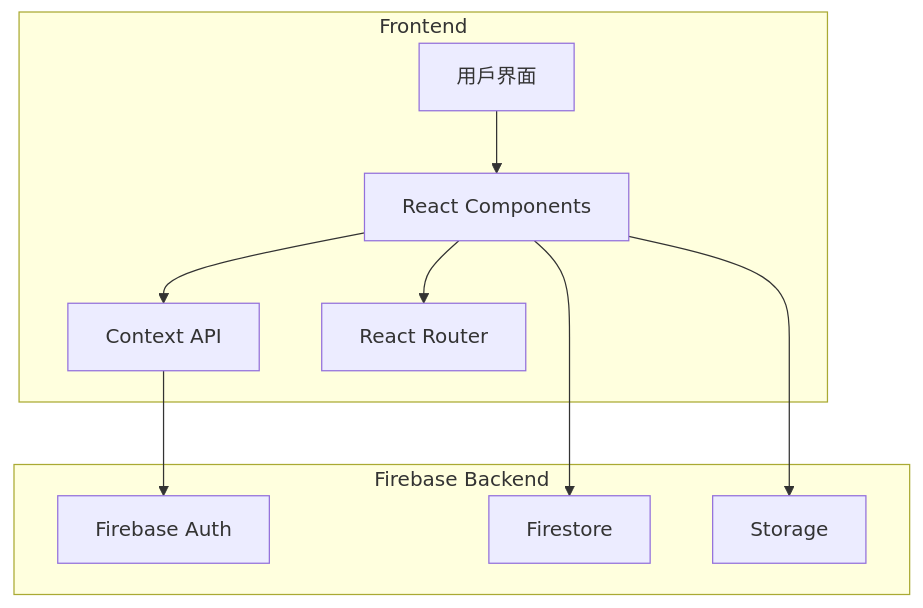
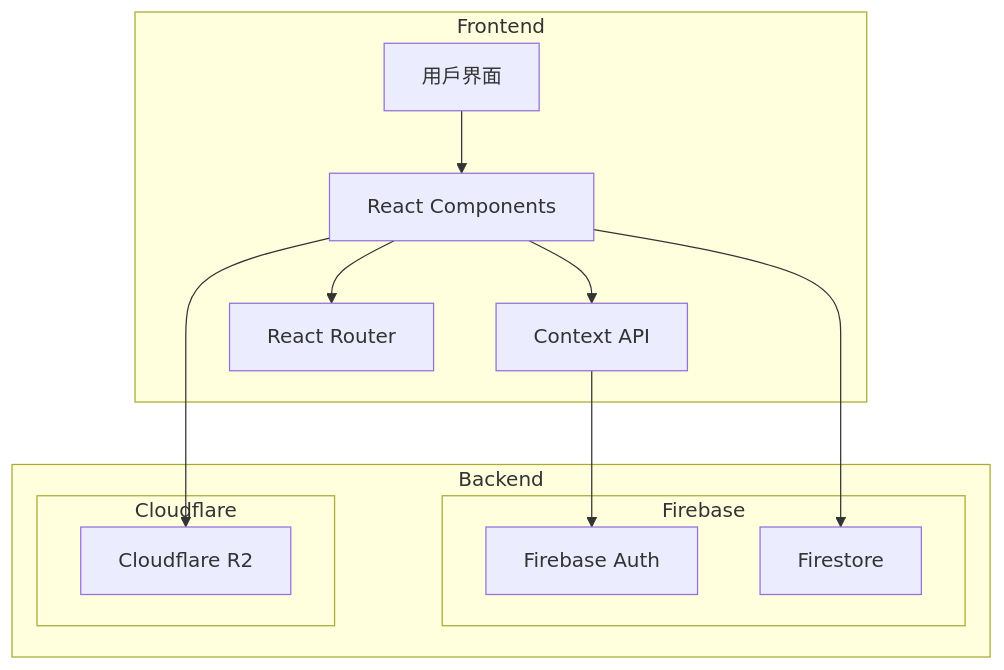
One commit to roy4222/SoulNet changed the first of 4 diagrams in README.md. Above: the diagram before and after it, drawn with Mermaid. The commit also changed other lines of this file, not shown here.

Commit message:
Refactor README to include Cloudflare R2 as a backend service, update component diagrams, and add configuration details for R2 storage.

````diff
--- a/README.md
+++ b/README.md
@@ -53,22 +53,27 @@
 ```mermaid
 graph TD
     subgraph Frontend
         UI[用戶界面]
         RC[React Components]
         CTX[Context API]
         RR[React Router]
     end
     
-    subgraph Backend [Firebase Backend]
-        Auth[Firebase Auth]
-        FS[Firestore]
-        ST[Storage]
+    subgraph Backend
+        subgraph Firebase
+            Auth[Firebase Auth]
+            FS[Firestore]
+        end
+        
+        subgraph Cloudflare
+            R2[Cloudflare R2]
+        end
     end
     
     UI --> RC
     RC --> CTX
     RC --> RR
     CTX --> Auth
     RC --> FS
-    RC --> ST
+    RC --> R2
 ```
````
